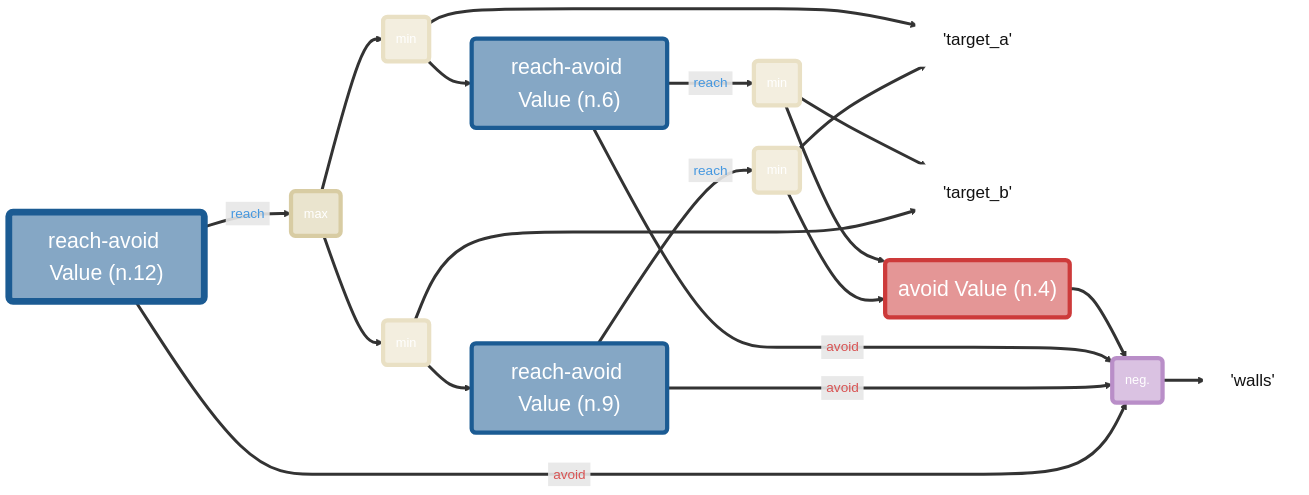
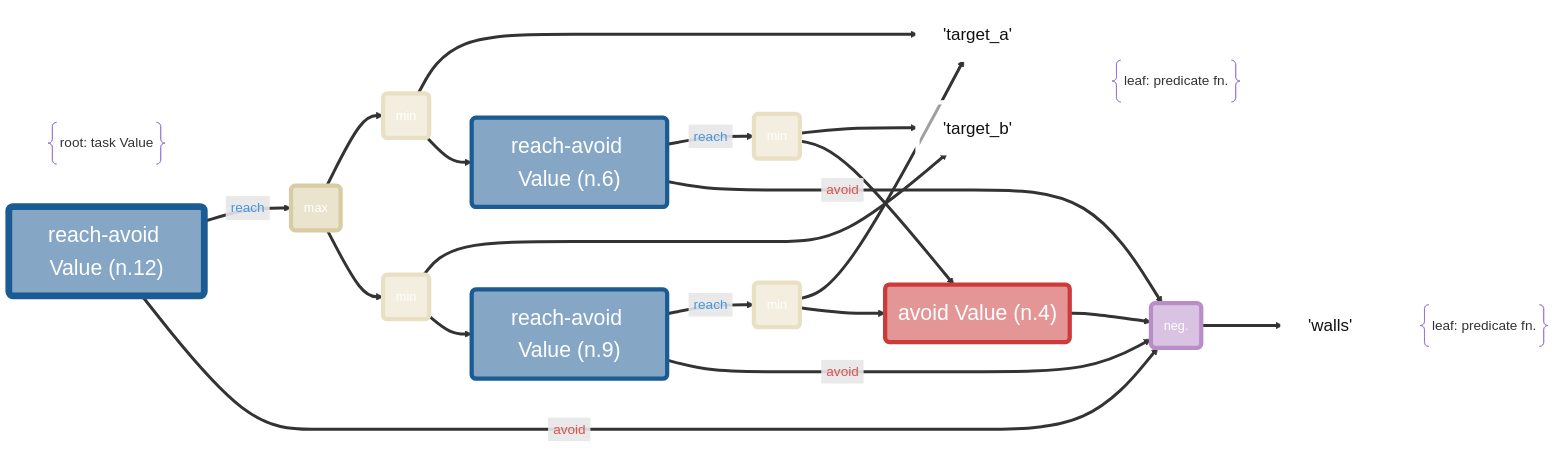
The diagram in README.md (willsharpless/valtr), drawn with Mermaid before and after one commit.

````diff
--- a/README.md
+++ b/README.md
@@ -10,59 +10,74 @@
 ```mermaid
 %%{init: {"theme":"base","htmlLabels":true,"flowchart":{"padding":8,"diagramPadding":48},"themeVariables":{"background":"#FFFFFF00","fontFamily":"JetBrains Mono, Roboto Mono, Menlo, Consolas, monospace","edgeLabelBackground":"#FFFFFF","lineColor":"#2c3e50","defaultLinkColor":"#2c3e50"},"themeCSS":".edgeLabel rect { fill: #FFFFFF !important; stroke: #2c3e50 !important; stroke-width: 1px !important; rx: 999px; ry: 999px; } .edgeLabel span, .edgeLabel p { background: transparent !important; } .edgeLabel foreignObject { background: transparent !important; } .labelBkg { fill: #FFFFFF !important; } .flowchart-link, .edgePath path, .edge-thickness-normal, .edge-thickness-thick { stroke: #2c3e50 !important; stroke-width: 2.25px !important; fill: none !important; } .arrowheadPath { stroke: #2c3e50 !important; stroke-width: 2.25px !important; fill: #2c3e50 !important; } svg { background-color: transparent; }"}%%
 flowchart LR
+    n14@{ shape: braces, label: "root: task Value" }
     n0@{ shape: rectangle, label: "'target_a'" }
     n1@{ shape: rectangle, label: "'target_b'" }
     n2@{ shape: rectangle, label: "'walls'" }
     n3@{ shape: rounded, label: "neg." }
     n4@{ shape: rounded, label: "avoid Value (n.4)" }
     n5@{ shape: rounded, label: "min" }
     n6@{ shape: rounded, label: "reach-avoid Value (n.6)" }
     n7@{ shape: rounded, label: "min" }
     n8@{ shape: rounded, label: "min" }
     n9@{ shape: rounded, label: "reach-avoid Value (n.9)" }
     n10@{ shape: rounded, label: "min" }
     n11@{ shape: rounded, label: "max" }
     n12@{ shape: rounded, label: "reach-avoid Value (n.12)" }
+    n15@{ shape: braces, label: "leaf: predicate fn." }
+    n18@{ shape: braces, label: "leaf: predicate fn." }
+    n16@{ shape: braces, label: "" }
+    n17@{ shape: braces, label: "" }
+    n20@{ shape: braces, label: "" }
     n3 ==> n2
     n4 ==> n3
     n5 ==> n1
     n5 ==> n4
     n6 ==>|<span style="display:inline-block;padding:2px 6px;border-radius:999px;background:#FFFFFFF5;border:1px solid #86AECBF5;color:#4698E0 !important;opacity:1;">reach</span>| n5
     n6 ==>|<span style="display:inline-block;padding:2px 6px;border-radius:999px;background:#F7DDDDF5;border:1px solid #D99898F5;color:#D95454 !important;opacity:1;">avoid</span>| n3
     n7 ==> n0
     n7 ==> n6
     n8 ==> n0
     n8 ==> n4
     n9 ==>|<span style="display:inline-block;padding:2px 6px;border-radius:999px;background:#FFFFFFF5;border:1px solid #86AECBF5;color:#4698E0 !important;opacity:1;">reach</span>| n8
     n9 ==>|<span style="display:inline-block;padding:2px 6px;border-radius:999px;background:#F7DDDDF5;border:1px solid #D99898F5;color:#D95454 !important;opacity:1;">avoid</span>| n3
     n10 ==> n1
     n10 ==> n9
     n11 ==> n7
     n11 ==> n10
     n12 ==>|<span style="display:inline-block;padding:2px 6px;border-radius:999px;background:#FFFFFFF5;border:1px solid #86AECBF5;color:#4698E0 !important;opacity:1;">reach</span>| n11
     n12 ==>|<span style="display:inline-block;padding:2px 6px;border-radius:999px;background:#F7DDDDF5;border:1px solid #D99898F5;color:#D95454 !important;opacity:1;">avoid</span>| n3
+    n0 ~~~ n15
+    n1 ~~~ n15
+    n2 ~~~ n18
     class n0 var;
     class n1 var;
     class n2 var;
     class n3 negate;
     class n4 avoid;
     class n5 min;
     class n6 reachavoid;
     class n7 min;
     class n8 min;
     class n9 reachavoid;
     class n10 min;
     class n11 max;
     class n12 reachavoid;
+    class n17 hidden
+    class n16 hidden
+    class n20 hidden
+    class n21 hidden
+    class n22 hidden
     classDef const fill:#95a5a688,stroke:#95a5a6,color:#111111,stroke-width:5px,font-size:25px;
     classDef var fill:#FFFFFF88,stroke:#FFFFFF,color:#111111,stroke-width:5px,font-size:20px;
     classDef min fill:#E9E0C488,stroke:#E9E0C4,color:#FFFFFF,stroke-width:5px,font-size:15px;
     classDef max fill:#D8CCA388,stroke:#D8CCA3,color:#FFFFFF,stroke-width:5px,font-size:15px;
     classDef reachavoid fill:#1B5B9388,stroke:#1B5B93,color:#FFFFFF,stroke-width:5px,font-size:25px;
     classDef avoid fill:#CD3A3A88,stroke:#CD3A3A,color:#FFFFFF,stroke-width:5px,font-size:25px;
     classDef reach fill:#1B5B9388,stroke:#1B5B93,color:#FFFFFF,stroke-width:5px,font-size:25px;
     classDef gu fill:#3AA65588,stroke:#3AA655,color:#111111,stroke-width:5px,font-size:25px;
     classDef gumin fill:#3AA65588,stroke:#3AA655,color:#111111,stroke-width:5px,font-size:25px;
     classDef negate fill:#B98EC888,stroke:#B98EC8,color:#FFFFFF,stroke-width:5px,font-size:15px;
+    classDef hidden display: none;
     style n12 stroke:#1B5B93,stroke-width:8px;
 ```
````
